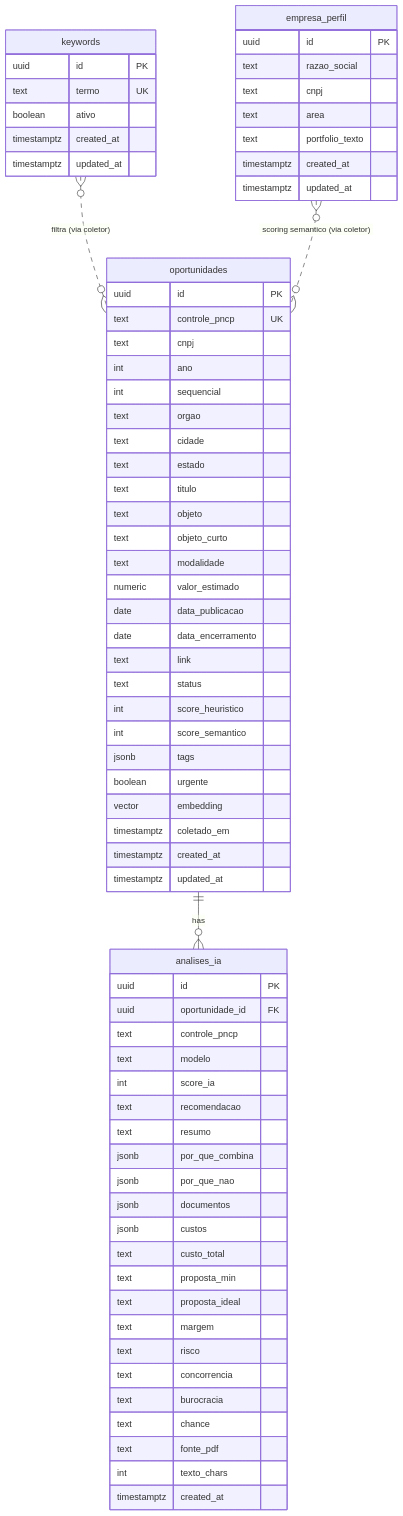
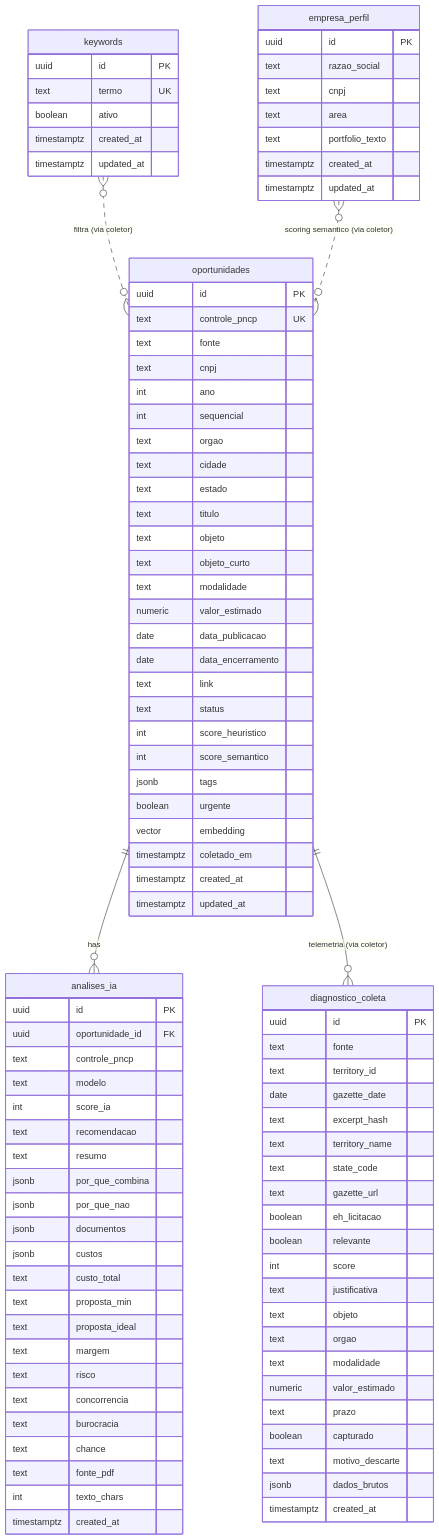
Before and after one commit to andresantosriak/radarpncp: the diagram in docs/radar-pncp-data-architecture.md, drawn with Mermaid. The commit also changed other lines of this file and 22 other files, not shown here.

````diff
--- a/docs/radar-pncp-data-architecture.md
+++ b/docs/radar-pncp-data-architecture.md
@@ -5,12 +5,14 @@
 ```mermaid
 erDiagram
     oportunidades ||--o{ analises_ia : "has"
+    oportunidades ||--o{ diagnostico_coleta : "telemetria (via coletor)"
     keywords }o..o{ oportunidades : "filtra (via coletor)"
     empresa_perfil }o..o{ oportunidades : "scoring semantico (via coletor)"
 
     oportunidades {
         uuid id PK
         text controle_pncp UK
+        text fonte
         text cnpj
         int ano
         int sequencial
@@ -78,4 +80,28 @@
         timestamptz created_at
         timestamptz updated_at
     }
+
+    diagnostico_coleta {
+        uuid id PK
+        text fonte
+        text territory_id
+        date gazette_date
+        text excerpt_hash
+        text territory_name
+        text state_code
+        text gazette_url
+        boolean eh_licitacao
+        boolean relevante
+        int score
+        text justificativa
+        text objeto
+        text orgao
+        text modalidade
+        numeric valor_estimado
+        text prazo
+        boolean capturado
+        text motivo_descarte
+        jsonb dados_brutos
+        timestamptz created_at
+    }
 ```
````
